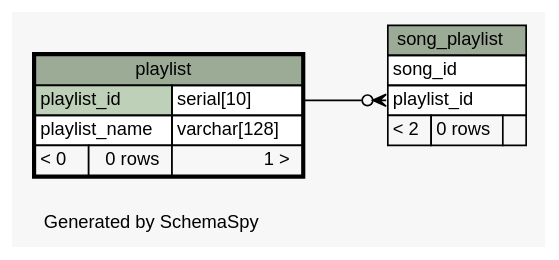
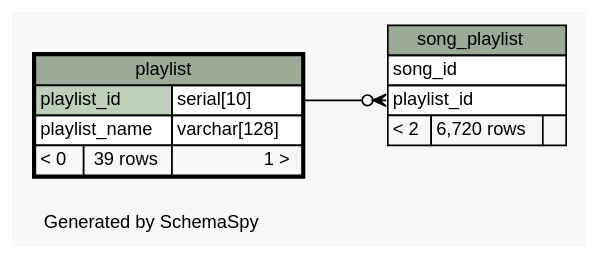
One commit to biodavidjm/garbage-code changed the diagram in database/see_djmusic/diagrams/playlist.1degree.dot. Above: the diagram before and after it, drawn with Graphviz. The commit also changed 155 other files, not shown here.

First line of the commit message:
New Schema View of the last djmusic version

```diff
--- a/database/see_djmusic/diagrams/playlist.1degree.dot
+++ b/database/see_djmusic/diagrams/playlist.1degree.dot
@@ -1,45 +1,45 @@
-// dot 2.38.0 on Mac OS X 10.9.3
+// dot 2.38.0 on Mac OS X 10.9.4
 // SchemaSpy rev 590
 digraph "oneDegreeRelationshipsDiagram" {
   graph [
     rankdir="RL"
     bgcolor="#f7f7f7"
     label="\nGenerated by SchemaSpy"
     labeljust="l"
     nodesep="0.18"
     ranksep="0.46"
     fontname="Helvetica"
     fontsize="11"
   ];
   node [
     fontname="Helvetica"
     fontsize="11"
     shape="plaintext"
   ];
   edge [
     arrowsize="0.8"
   ];
   "song_playlist":"playlist_id":w -> "playlist":"playlist_id.type":e [arrowhead=none dir=back arrowtail=crowodot];
   "playlist" [
     label=<
     <TABLE BORDER="2" CELLBORDER="1" CELLSPACING="0" BGCOLOR="#ffffff">
       <TR><TD COLSPAN="3" BGCOLOR="#9bab96" ALIGN="CENTER">playlist</TD></TR>
       <TR><TD PORT="playlist_id" COLSPAN="2" BGCOLOR="#bed1b8" ALIGN="LEFT">playlist_id</TD><TD PORT="playlist_id.type" ALIGN="LEFT">serial[10]</TD></TR>
       <TR><TD PORT="playlist_name" COLSPAN="2" ALIGN="LEFT">playlist_name</TD><TD PORT="playlist_name.type" ALIGN="LEFT">varchar[128]</TD></TR>
-      <TR><TD ALIGN="LEFT" BGCOLOR="#f7f7f7">&lt; 0</TD><TD ALIGN="RIGHT" BGCOLOR="#f7f7f7">0 rows</TD><TD ALIGN="RIGHT" BGCOLOR="#f7f7f7">1 &gt;</TD></TR>
+      <TR><TD ALIGN="LEFT" BGCOLOR="#f7f7f7">&lt; 0</TD><TD ALIGN="RIGHT" BGCOLOR="#f7f7f7">39 rows</TD><TD ALIGN="RIGHT" BGCOLOR="#f7f7f7">1 &gt;</TD></TR>
     </TABLE>>
     URL="playlist.html"
     tooltip="playlist"
   ];
   "song_playlist" [
     label=<
     <TABLE BORDER="0" CELLBORDER="1" CELLSPACING="0" BGCOLOR="#ffffff">
       <TR><TD COLSPAN="3" BGCOLOR="#9bab96" ALIGN="CENTER">song_playlist</TD></TR>
       <TR><TD PORT="song_id" COLSPAN="3" ALIGN="LEFT">song_id</TD></TR>
       <TR><TD PORT="playlist_id" COLSPAN="3" ALIGN="LEFT">playlist_id</TD></TR>
-      <TR><TD ALIGN="LEFT" BGCOLOR="#f7f7f7">&lt; 2</TD><TD ALIGN="RIGHT" BGCOLOR="#f7f7f7">0 rows</TD><TD ALIGN="RIGHT" BGCOLOR="#f7f7f7">  </TD></TR>
+      <TR><TD ALIGN="LEFT" BGCOLOR="#f7f7f7">&lt; 2</TD><TD ALIGN="RIGHT" BGCOLOR="#f7f7f7">6,720 rows</TD><TD ALIGN="RIGHT" BGCOLOR="#f7f7f7">  </TD></TR>
     </TABLE>>
     URL="song_playlist.html"
     tooltip="song_playlist"
   ];
 }
```
